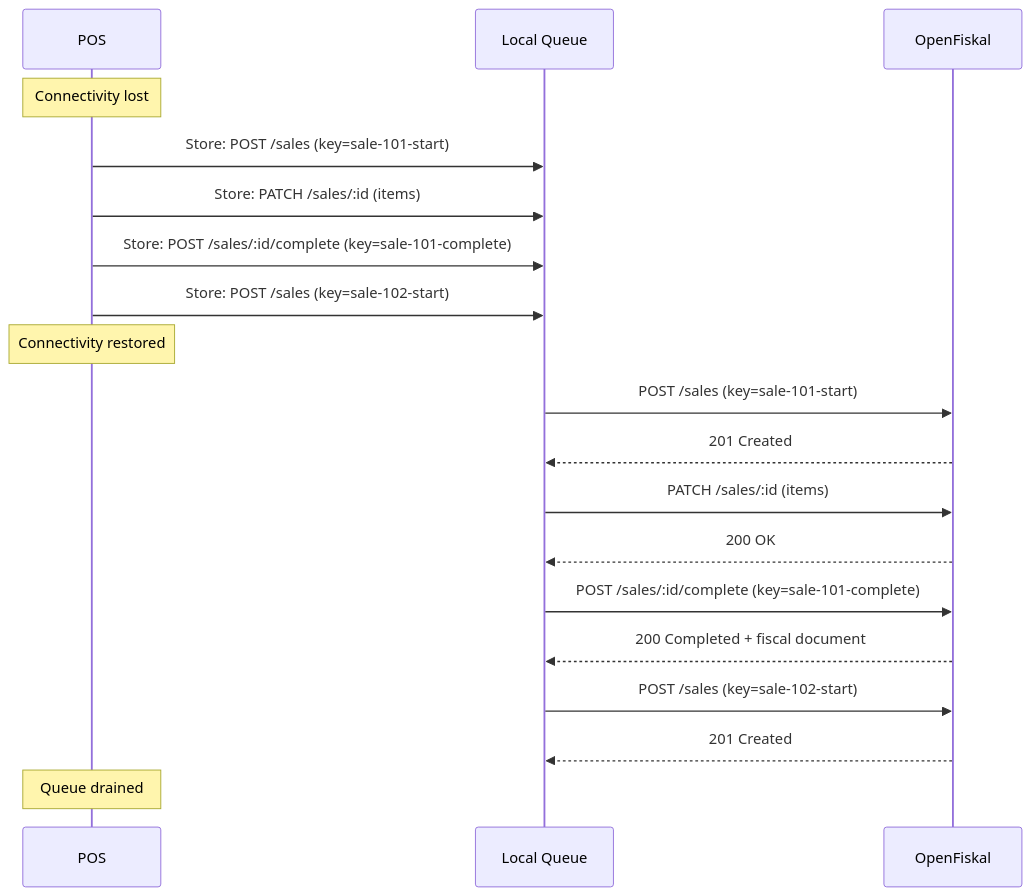
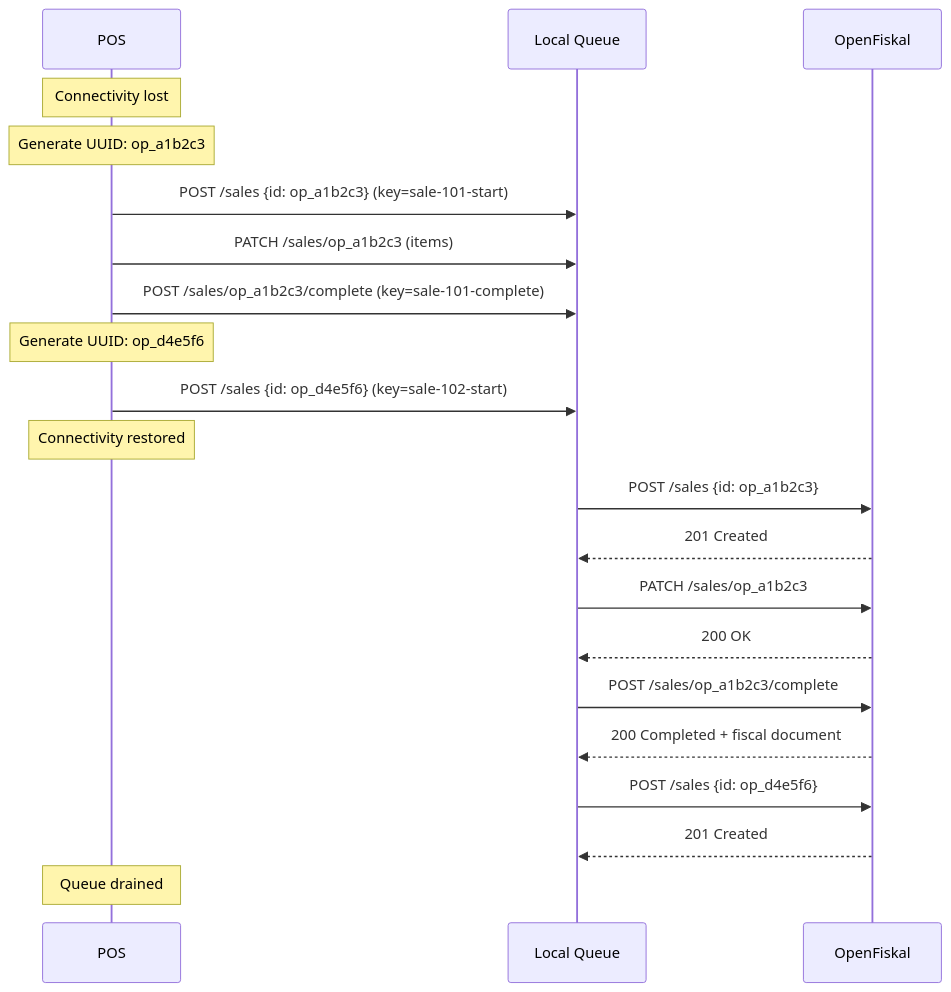
The diagram in offline-guidance.mdx (F-C-Corp/docs), drawn with Mermaid before and after one commit. The commit also changed other lines of this file and 2 other files, not shown here.

````diff
--- a/offline-guidance.mdx
+++ b/offline-guidance.mdx
@@ -38,26 +38,29 @@
 ```mermaid
 sequenceDiagram
     participant POS
     participant Queue as Local Queue
     participant API as OpenFiskal
 
     Note over POS: Connectivity lost
 
-    POS->>Queue: Store: POST /sales (key=sale-101-start)
-    POS->>Queue: Store: PATCH /sales/:id (items)
-    POS->>Queue: Store: POST /sales/:id/complete (key=sale-101-complete)
-    POS->>Queue: Store: POST /sales (key=sale-102-start)
+    Note over POS: Generate UUID: op_a1b2c3
+    POS->>Queue: POST /sales {id: op_a1b2c3} (key=sale-101-start)
+    POS->>Queue: PATCH /sales/op_a1b2c3 (items)
+    POS->>Queue: POST /sales/op_a1b2c3/complete (key=sale-101-complete)
+
+    Note over POS: Generate UUID: op_d4e5f6
+    POS->>Queue: POST /sales {id: op_d4e5f6} (key=sale-102-start)
 
     Note over POS: Connectivity restored
 
-    Queue->>API: POST /sales (key=sale-101-start)
+    Queue->>API: POST /sales {id: op_a1b2c3}
     API-->>Queue: 201 Created
-    Queue->>API: PATCH /sales/:id (items)
+    Queue->>API: PATCH /sales/op_a1b2c3
     API-->>Queue: 200 OK
-    Queue->>API: POST /sales/:id/complete (key=sale-101-complete)
+    Queue->>API: POST /sales/op_a1b2c3/complete
     API-->>Queue: 200 Completed + fiscal document
-    Queue->>API: POST /sales (key=sale-102-start)
+    Queue->>API: POST /sales {id: op_d4e5f6}
     API-->>Queue: 201 Created
 
     Note over POS: Queue drained
 ```
````
